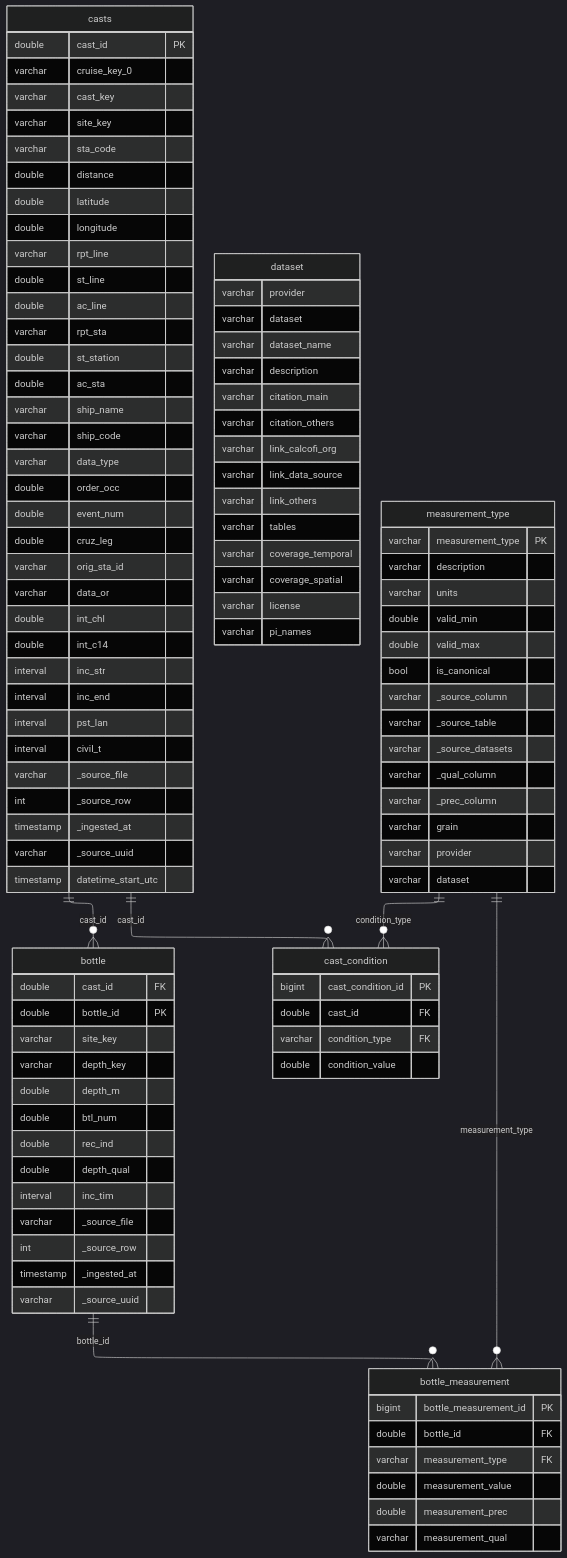
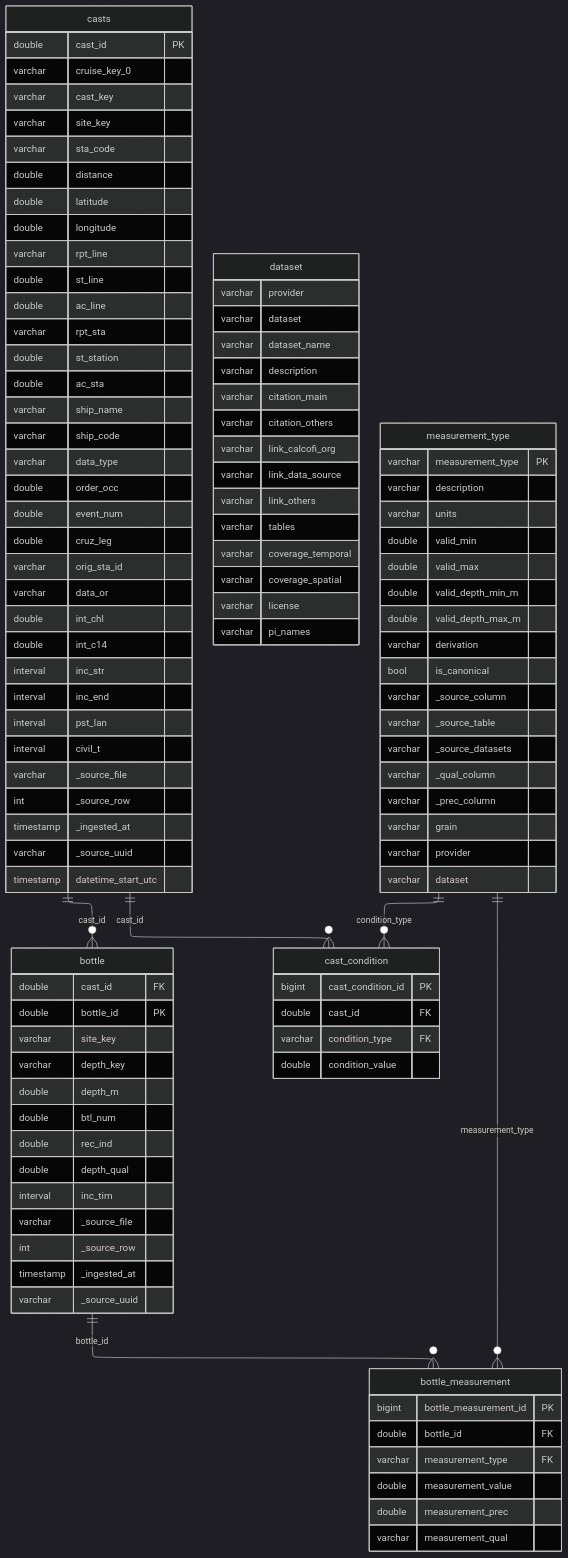
One commit to CalCOFI/workflows changed the diagram in _output/ingest_calcofi_bottle_files/figure-html/erd_fk-1.mmd. Above: the diagram before and after it, drawn with Mermaid (dark theme). The commit also changed 92 other files, not shown here.

```diff
--- a/_output/ingest_calcofi_bottle_files/figure-html/erd_fk-1.mmd
+++ b/_output/ingest_calcofi_bottle_files/figure-html/erd_fk-1.mmd
@@ -1,106 +1,109 @@
 ---
 config:
   layout: elk
 ---
 erDiagram
     bottle {
         double cast_id FK
         double bottle_id PK
         varchar site_key
         varchar depth_key
         double depth_m
         double btl_num
         double rec_ind
         double depth_qual
         interval inc_tim
         varchar _source_file
         int _source_row
         timestamp _ingested_at
         varchar _source_uuid
     }
     bottle_measurement {
         bigint bottle_measurement_id PK
         double bottle_id FK
         varchar measurement_type FK
         double measurement_value
         double measurement_prec
         varchar measurement_qual
     }
     cast_condition {
         bigint cast_condition_id PK
         double cast_id FK
         varchar condition_type FK
         double condition_value
     }
     casts {
         double cast_id PK
         varchar cruise_key_0
         varchar cast_key
         varchar site_key
         varchar sta_code
         double distance
         double latitude
         double longitude
         varchar rpt_line
         double st_line
         double ac_line
         varchar rpt_sta
         double st_station
         double ac_sta
         varchar ship_name
         varchar ship_code
         varchar data_type
         double order_occ
         double event_num
         double cruz_leg
         varchar orig_sta_id
         varchar data_or
         double int_chl
         double int_c14
         interval inc_str
         interval inc_end
         interval pst_lan
         interval civil_t
         varchar _source_file
         int _source_row
         timestamp _ingested_at
         varchar _source_uuid
         timestamp datetime_start_utc
     }
     dataset {
         varchar provider
         varchar dataset
         varchar dataset_name
         varchar description
         varchar citation_main
         varchar citation_others
         varchar link_calcofi_org
         varchar link_data_source
         varchar link_others
         varchar tables
         varchar coverage_temporal
         varchar coverage_spatial
         varchar license
         varchar pi_names
     }
     measurement_type {
         varchar measurement_type PK
         varchar description
         varchar units
         double valid_min
         double valid_max
+        double valid_depth_min_m
+        double valid_depth_max_m
+        varchar derivation
         bool is_canonical
         varchar _source_column
         varchar _source_table
         varchar _source_datasets
         varchar _qual_column
         varchar _prec_column
         varchar grain
         varchar provider
         varchar dataset
     }
     casts ||--o{ bottle : "cast_id"
     bottle ||--o{ bottle_measurement : "bottle_id"
     measurement_type ||--o{ bottle_measurement : "measurement_type"
     casts ||--o{ cast_condition : "cast_id"
     measurement_type ||--o{ cast_condition : "condition_type"
```
